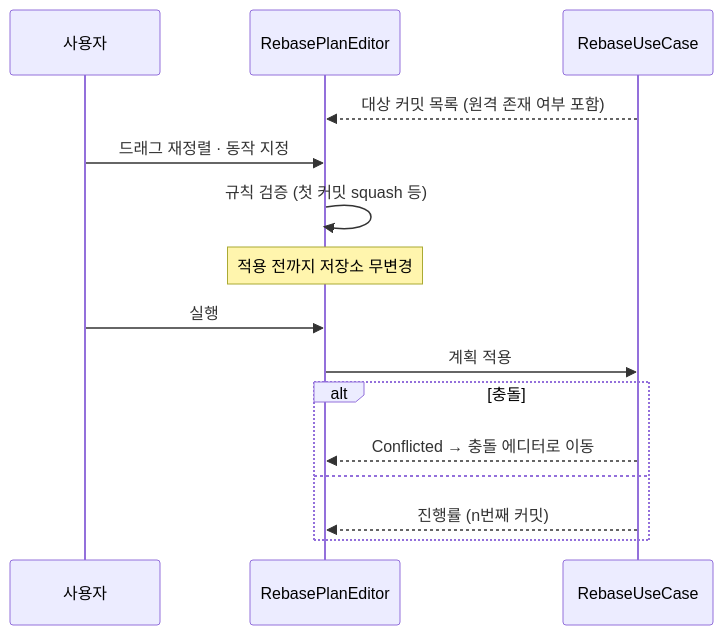
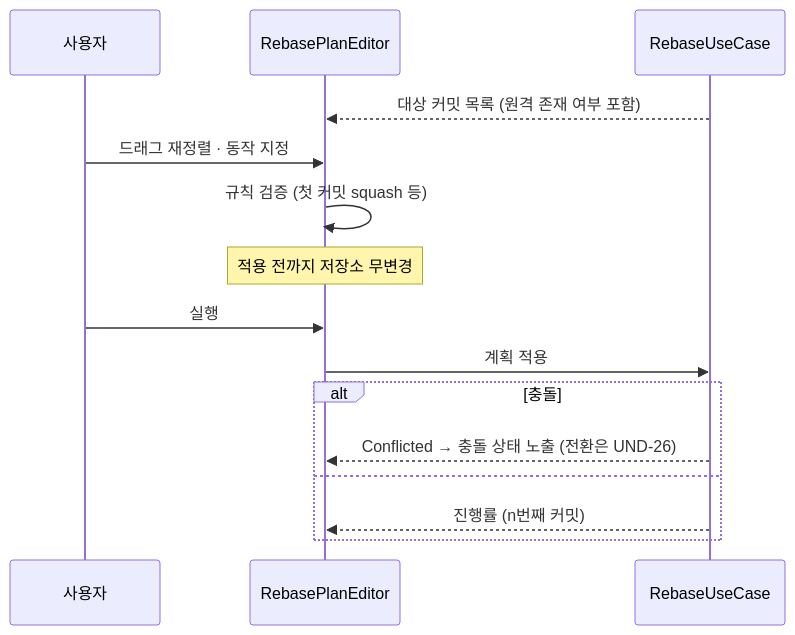
Before and after one commit to biuea3866/gitkraken-clone-app: the first of 2 diagrams in tickets/UND-24-interactive-rebase-ui.md, drawn with Mermaid. The commit also changed other lines of this file and 26 other files, not shown here.

````diff
--- a/tickets/UND-24-interactive-rebase-ui.md
+++ b/tickets/UND-24-interactive-rebase-ui.md
@@ -33,17 +35,17 @@
 ```mermaid
 sequenceDiagram
     participant User as 사용자
     participant Plan as RebasePlanEditor
     participant UC as RebaseUseCase
     UC-->>Plan: 대상 커밋 목록 (원격 존재 여부 포함)
     User->>Plan: 드래그 재정렬 · 동작 지정
     Plan->>Plan: 규칙 검증 (첫 커밋 squash 등)
     Note over Plan: 적용 전까지 저장소 무변경
     User->>Plan: 실행
     Plan->>UC: 계획 적용
     alt 충돌
-        UC-->>Plan: Conflicted → 충돌 에디터로 이동
+        UC-->>Plan: Conflicted → 충돌 상태 노출 (전환은 UND-26)
     else
         UC-->>Plan: 진행률 (n번째 커밋)
     end
 ```
````
